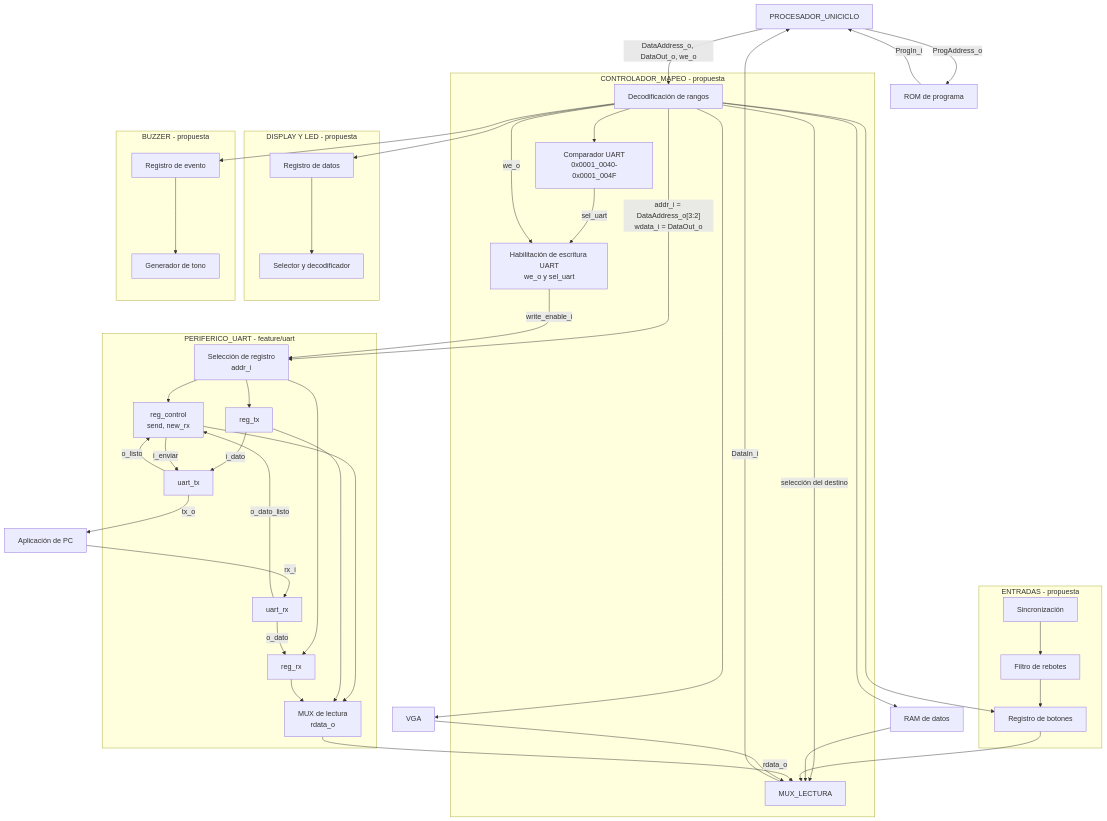
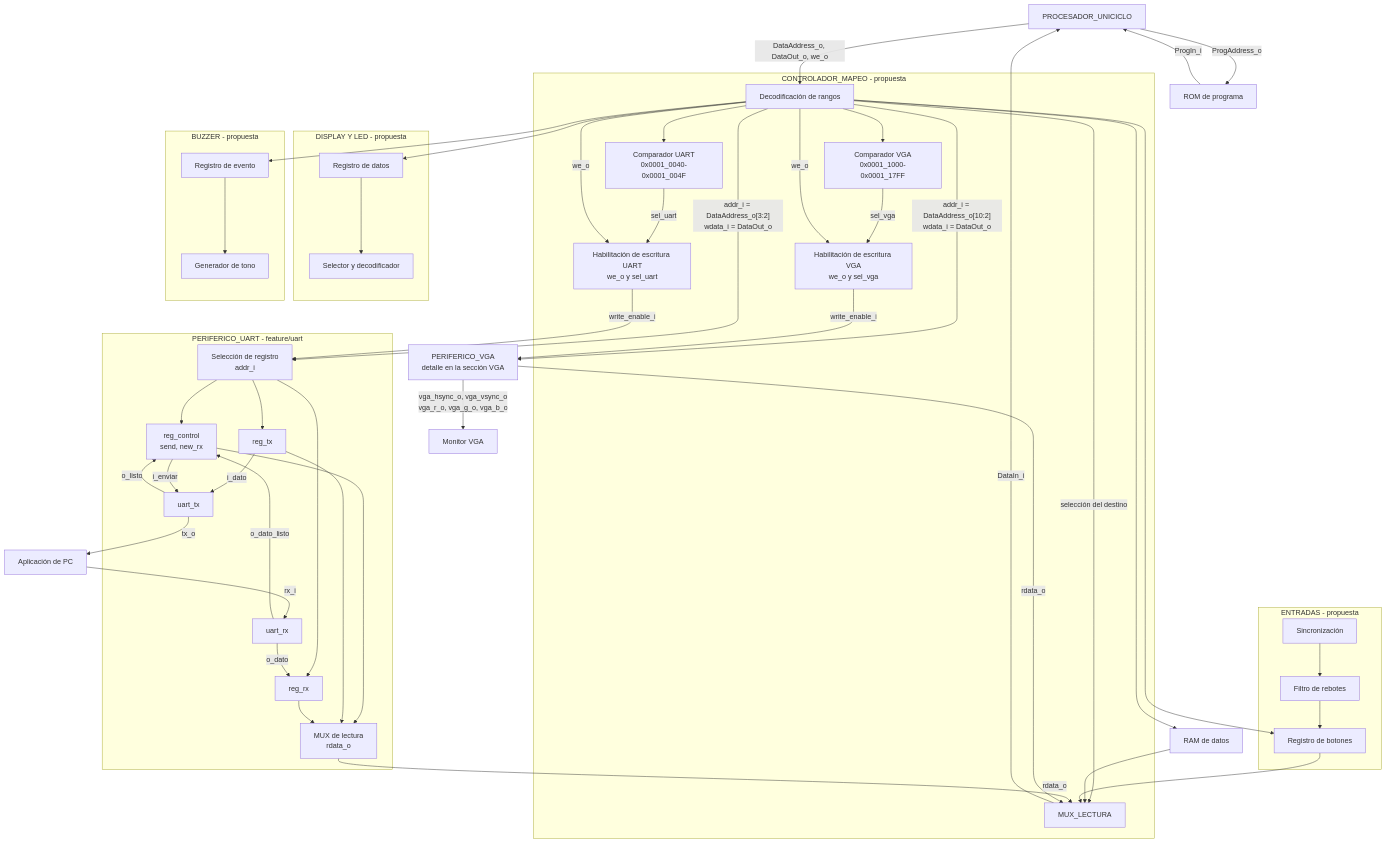
The first of 2 diagrams in docs/diseño/diagramas/nivel03.md (Taller-de-diseno-digital-GR01/Proyecto-3-Batalla-Naval), drawn with Mermaid before and after one commit. The commit also changed other lines of this file, not shown here.

Commit message:
Periférico VGA Nivel 03

````diff
--- a/docs/diseño/diagramas/nivel03.md
+++ b/docs/diseño/diagramas/nivel03.md
@@ -5,70 +5,78 @@
 ```mermaid
 flowchart TD
     CPU["PROCESADOR_UNICICLO"]
     ROM["ROM de programa"]
     RAM["RAM de datos"]
 
     subgraph MAP["CONTROLADOR_MAPEO - propuesta"]
         DIR["Decodificación de rangos"]
         CMP_UART["Comparador UART<br/>0x0001_0040-0x0001_004F"]
         AND_WE["Habilitación de escritura UART<br/>we_o y sel_uart"]
+        CMP_VGA["Comparador VGA<br/>0x0001_1000-0x0001_17FF"]
+        AND_WE_VGA["Habilitación de escritura VGA<br/>we_o y sel_vga"]
         RMUX["MUX_LECTURA"]
         DIR --> CMP_UART
         CMP_UART -->|"sel_uart"| AND_WE
+        DIR --> CMP_VGA
+        CMP_VGA -->|"sel_vga"| AND_WE_VGA
         DIR -->|"selección del destino"| RMUX
     end
 
     subgraph GPIO["ENTRADAS - propuesta"]
         SYNC["Sincronización"] --> DB["Filtro de rebotes"] --> BTNREG["Registro de botones"]
     end
 
     subgraph PUART["PERIFERICO_UART - feature/uart"]
         DEC_UART["Selección de registro<br/>addr_i"]
         REG_CTRL["reg_control<br/>send, new_rx"]
         REG_TX["reg_tx"]
         REG_RX["reg_rx"]
         MUX_UART["MUX de lectura<br/>rdata_o"]
         TX["uart_tx"]
         RX["uart_rx"]
         DEC_UART --> REG_CTRL
         DEC_UART --> REG_TX
         DEC_UART --> REG_RX
         REG_CTRL --> MUX_UART
         REG_TX --> MUX_UART
         REG_RX --> MUX_UART
         REG_TX -->|"i_dato"| TX
         REG_CTRL -->|"i_enviar"| TX
         TX -->|"o_listo"| REG_CTRL
         RX -->|"o_dato"| REG_RX
         RX -->|"o_dato_listo"| REG_CTRL
     end
 
-    VGA["VGA"]
+    VGA["PERIFERICO_VGA<br/>detalle en la sección VGA"]
+    MON["Monitor VGA"]
 
     subgraph DISP["DISPLAY Y LED - propuesta"]
         DREG["Registro de datos"] --> SCAN["Selector y decodificador"]
     end
 
     subgraph BUZ["BUZZER - propuesta"]
         BREG["Registro de evento"] --> TONE["Generador de tono"]
     end
 
     CPU -->|"ProgAddress_o"| ROM
     ROM -->|"ProgIn_i"| CPU
     CPU -->|"DataAddress_o, DataOut_o, we_o"| DIR
     RMUX -->|"DataIn_i"| CPU
     DIR --> RAM
     RAM --> RMUX
     DIR --> BTNREG
     BTNREG --> RMUX
     DIR -->|"we_o"| AND_WE
     DIR -->|"addr_i = DataAddress_o[3:2]<br/>wdata_i = DataOut_o"| DEC_UART
     AND_WE -->|"write_enable_i"| DEC_UART
     MUX_UART -->|"rdata_o"| RMUX
-    DIR --> VGA
-    VGA --> RMUX
+    DIR -->|"we_o"| AND_WE_VGA
+    DIR -->|"addr_i = DataAddress_o[10:2]<br/>wdata_i = DataOut_o"| VGA
+    AND_WE_VGA -->|"write_enable_i"| VGA
+    VGA -->|"rdata_o"| RMUX
+    VGA -->|"vga_hsync_o, vga_vsync_o<br/>vga_r_o, vga_g_o, vga_b_o"| MON
     DIR --> DREG
     DIR --> BREG
     APP["Aplicación de PC"] -->|"rx_i"| RX
     TX -->|"tx_o"| APP
 ```
````
